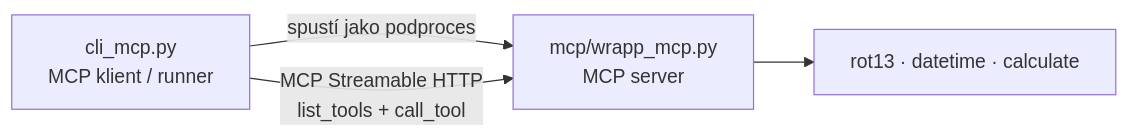
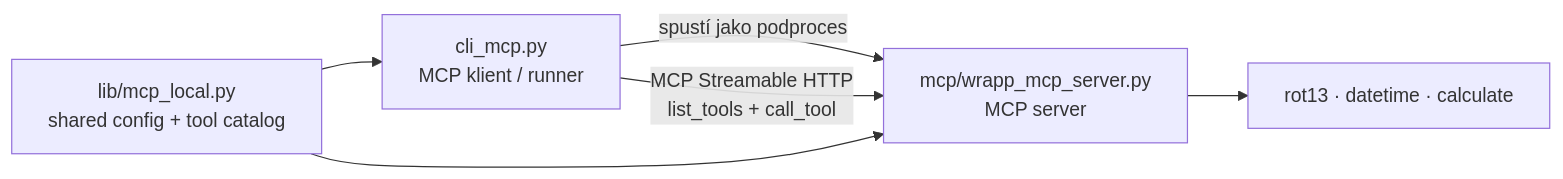
One commit to octopusengine/local_ai_flow changed the first of 2 diagrams in mcp/my_mcp_cz.md. Above: the diagram before and after it, drawn with Mermaid. The commit also changed other lines of this file and 4 other files, not shown here.

````diff
--- a/mcp/my_mcp_cz.md
+++ b/mcp/my_mcp_cz.md
@@ -49,6 +49,8 @@
 ```mermaid
 flowchart LR
-    CLI["cli_mcp.py\nMCP klient / runner"] -->|"spustí jako podproces"| SERVER["mcp/wrapp_mcp.py\nMCP server"]
+    CLI["cli_mcp.py\nMCP klient / runner"] -->|"spustí jako podproces"| SERVER["mcp/wrapp_mcp_server.py\nMCP server"]
+    CATALOG["lib/mcp_local.py\nshared config + tool catalog"] --> CLI
+    CATALOG --> SERVER
     CLI -->|"MCP Streamable HTTP\nlist_tools + call_tool"| SERVER
     SERVER --> TOOLS["rot13 · datetime · calculate"]
 ```
````
